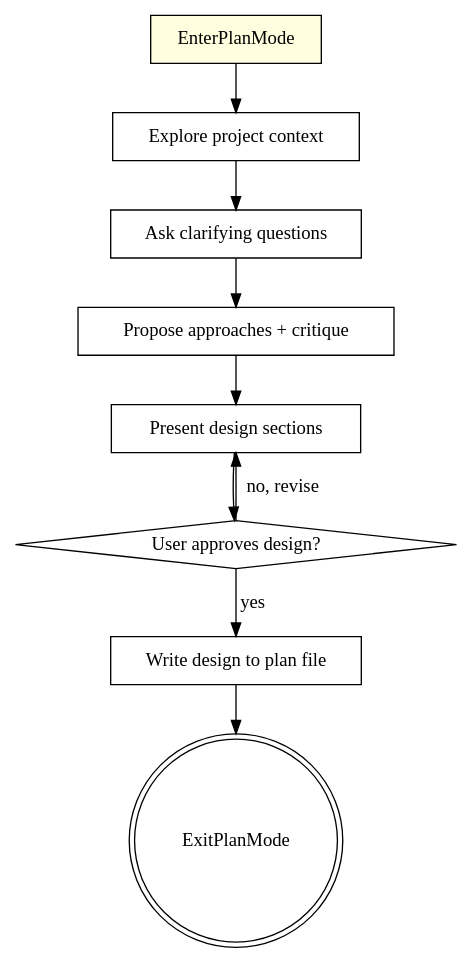
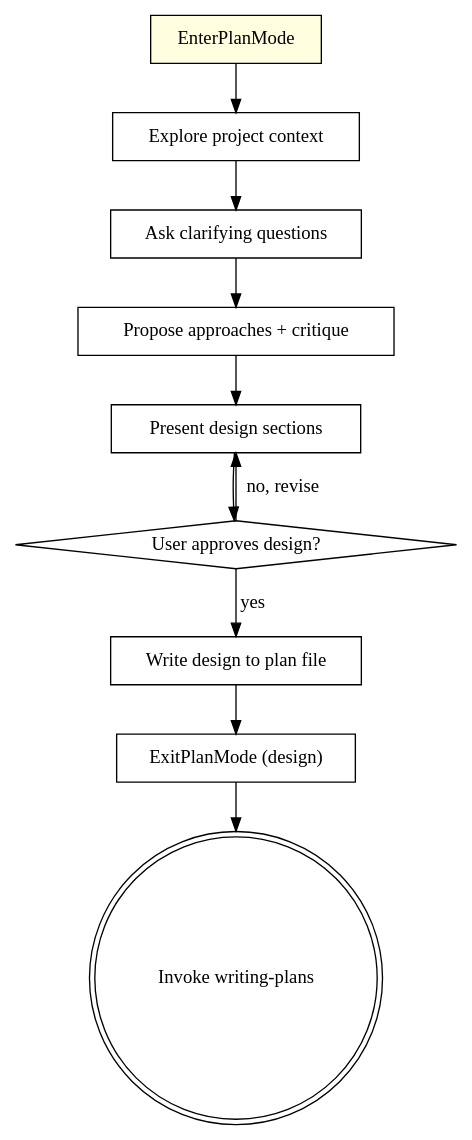
One commit to axinvd/superpowers changed the diagram in skills/brainstorming/SKILL.md. Above: the diagram before and after it, drawn with Graphviz. The commit also changed other lines of this file and 1 other file, not shown here.

Commit message:
feat: brainstorming invokes writing-plans after design approval
After ExitPlanMode from brainstorming, writing-plans is now invoked
automatically for detailed implementation planning. Writing-plans
uses .claude/plans/ instead of docs/plans/.

````diff
--- a/skills/brainstorming/SKILL.md
+++ b/skills/brainstorming/SKILL.md
@@ -36,21 +37,23 @@
 ```dot
 digraph brainstorming {
     "EnterPlanMode" [shape=box style=filled fillcolor=lightyellow];
     "Explore project context" [shape=box];
     "Ask clarifying questions" [shape=box];
     "Propose approaches + critique" [shape=box];
     "Present design sections" [shape=box];
     "User approves design?" [shape=diamond];
     "Write design to plan file" [shape=box];
-    "ExitPlanMode" [shape=doublecircle];
+    "ExitPlanMode (design)" [shape=box];
+    "Invoke writing-plans" [shape=doublecircle];
 
     "EnterPlanMode" -> "Explore project context";
     "Explore project context" -> "Ask clarifying questions";
     "Ask clarifying questions" -> "Propose approaches + critique";
     "Propose approaches + critique" -> "Present design sections";
     "Present design sections" -> "User approves design?";
     "User approves design?" -> "Present design sections" [label="no, revise"];
     "User approves design?" -> "Write design to plan file" [label="yes"];
-    "Write design to plan file" -> "ExitPlanMode";
+    "Write design to plan file" -> "ExitPlanMode (design)";
+    "ExitPlanMode (design)" -> "Invoke writing-plans";
 }
 ```
````
